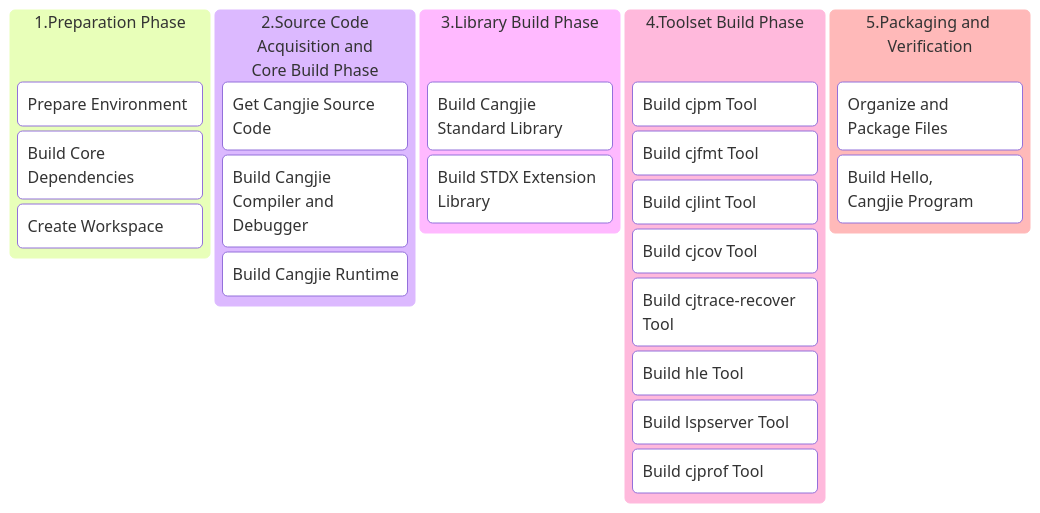
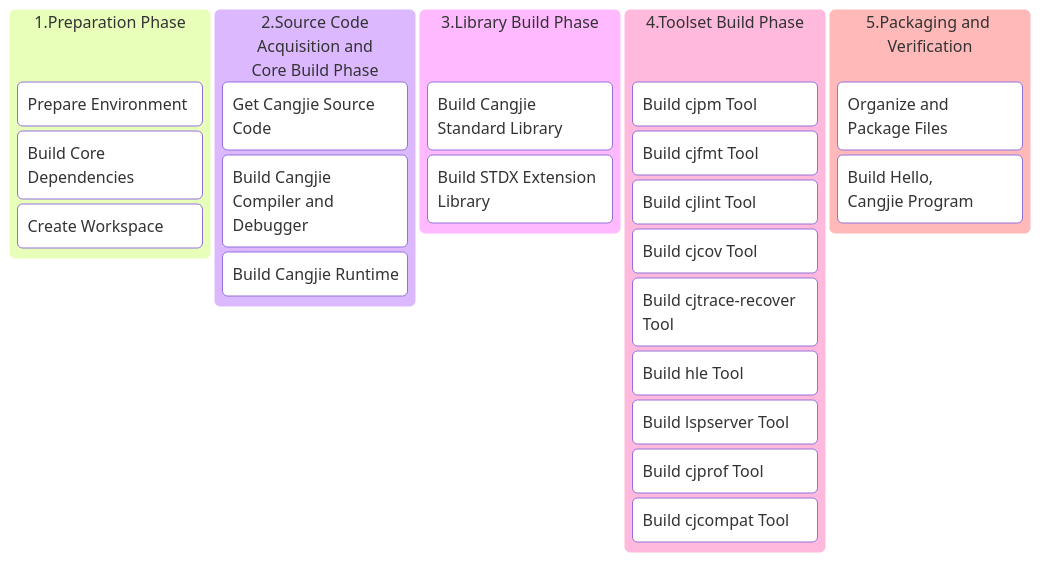
One commit to causerp/cangjie_build changed the diagram in doc_en/linux_ohos.md. Above: the diagram before and after it, drawn with Mermaid. The commit also changed other lines of this file and 21 other files, not shown here.

Commit message:
docs: add cjcompat tool build steps to build documentation

````diff
--- a/doc_en/linux_ohos.md
+++ b/doc_en/linux_ohos.md
@@ -9,26 +9,27 @@
 ```mermaid
 kanban
   1.Preparation Phase
     A[Prepare Environment]
     B[Build Core Dependencies]
     C[Create Workspace]
   2.Source Code<br>Acquisition and<br>Core Build Phase
     D[Get Cangjie Source Code]
     E[Build Cangjie<br>Compiler and<br>Debugger]
     F[Build Cangjie Runtime]
   3.Library Build Phase
     G[Build Cangjie Standard Library]
     H[Build STDX Extension Library]
   4.Toolset Build Phase
     I[Build cjpm Tool]
     J[Build cjfmt Tool]
     K[Build cjlint Tool]
     L[Build cjcov Tool]
     M[Build cjtrace-recover<br>Tool]
     N[Build hle Tool]
     O[Build lspserver Tool]
-    P1[Build cjprof Tool]
+    P[Build cjprof Tool]
+    Q[Build cjcompat Tool]
   5.Packaging and Verification
-    P[Organize and<br>Package Files]
-    Q[Build Hello,<br>Cangjie Program]
+    R[Organize and<br>Package Files]
+    S[Build Hello,<br>Cangjie Program]
 ```
````
